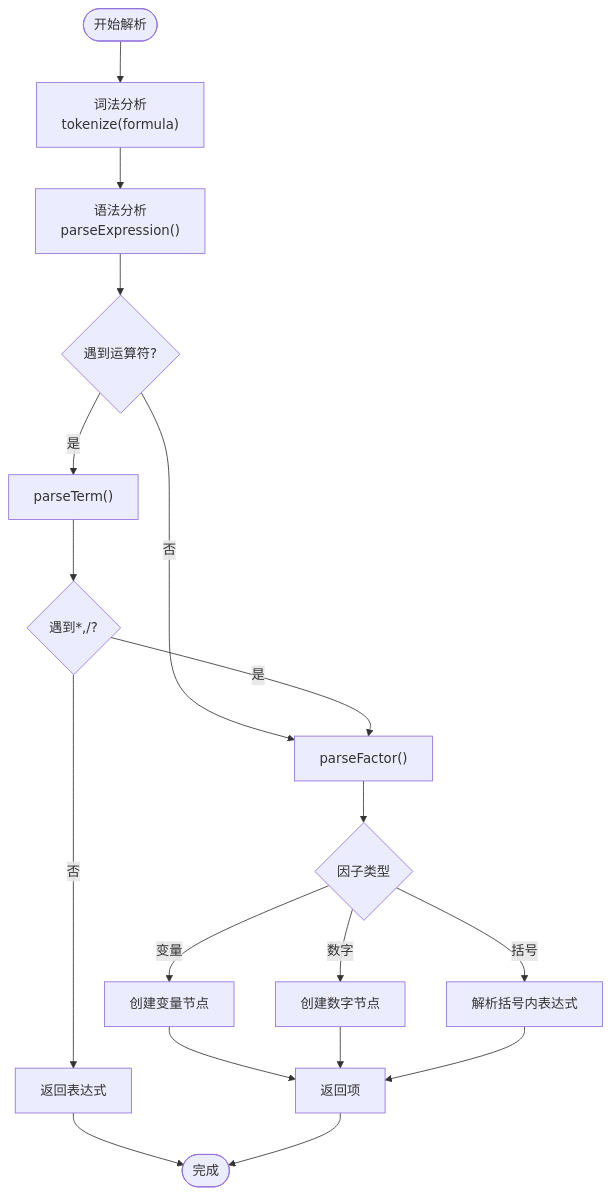
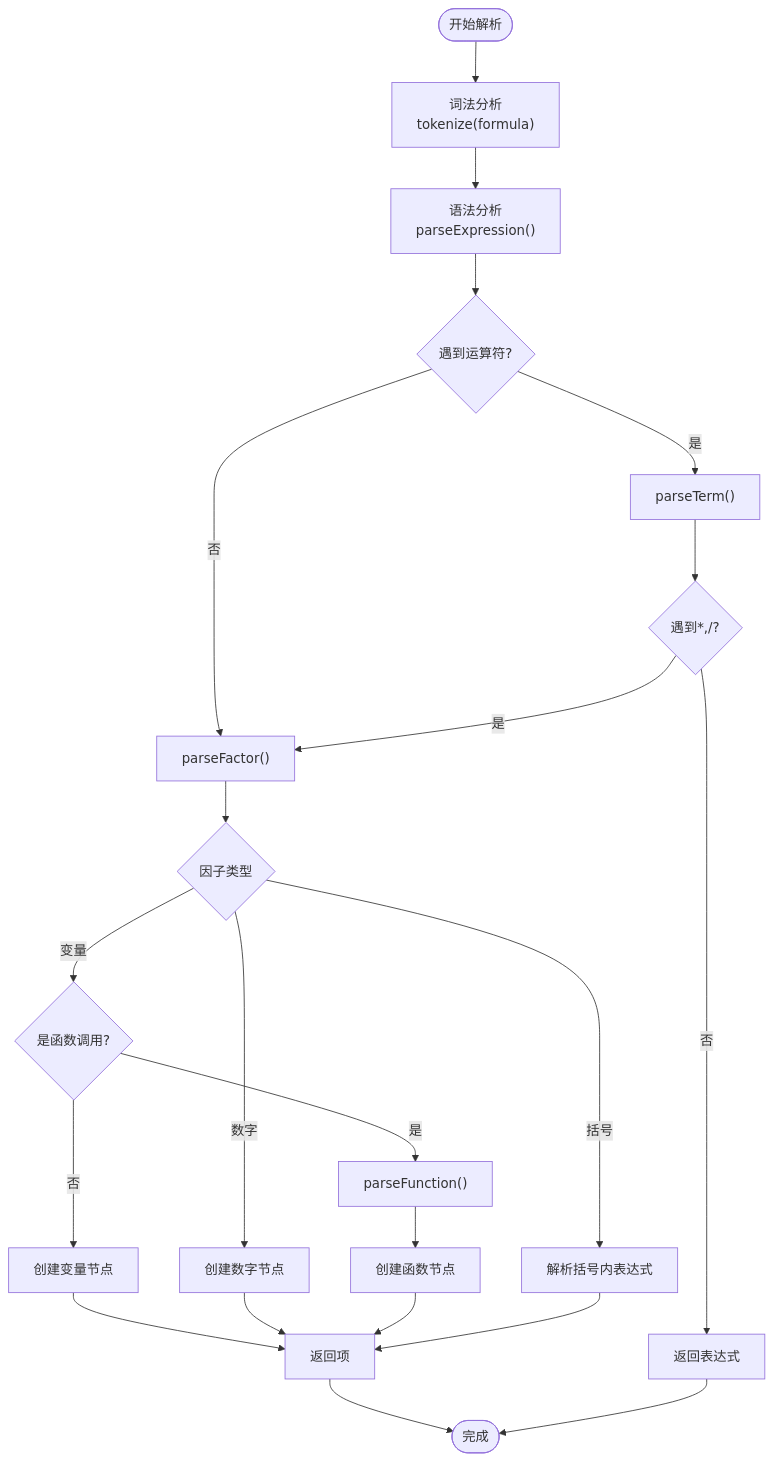
Before and after one commit to steveyu2/formula-mapper: the fourth of 6 diagrams in .qoder/repowiki/zh/content/用户指南/可视化展示/AST树可视化.md, drawn with Mermaid. The commit also changed other lines of this file and 10 other files, not shown here.

````diff
--- a/.qoder/repowiki/zh/content/用户指南/可视化展示/AST树可视化.md
+++ b/.qoder/repowiki/zh/content/用户指南/可视化展示/AST树可视化.md
@@ -229,20 +239,24 @@
 ```mermaid
 flowchart TD
 Start([开始解析]) --> Tokenize["词法分析<br/>tokenize(formula)"]
 Tokenize --> ParseExpr["语法分析<br/>parseExpression()"]
 ParseExpr --> CheckOp{"遇到运算符?"}
 CheckOp --> |是| ParseTerm["parseTerm()"]
 CheckOp --> |否| ParseFactor["parseFactor()"]
 ParseTerm --> CheckTermOp{"遇到*,/?"}
 CheckTermOp --> |是| ParseFactor
 CheckTermOp --> |否| ReturnExpr["返回表达式"]
 ParseFactor --> FactorType{"因子类型"}
-FactorType --> |变量| CreateVar["创建变量节点"]
+FactorType --> |变量| CheckFunction{"是函数调用?"}
+CheckFunction --> |是| ParseFunction["parseFunction()"]
+CheckFunction --> |否| CreateVar["创建变量节点"]
 FactorType --> |数字| CreateNum["创建数字节点"]
 FactorType --> |括号| ParseExprInParen["解析括号内表达式"]
+ParseFunction --> CreateFuncNode["创建函数节点"]
 CreateVar --> ReturnTerm["返回项"]
 CreateNum --> ReturnTerm
+CreateFuncNode --> ReturnTerm
 ParseExprInParen --> ReturnTerm
-ReturnExpr --> End([完成])
-ReturnTerm --> End
+ReturnTerm --> End([完成])
+ReturnExpr --> End
 ```
````
